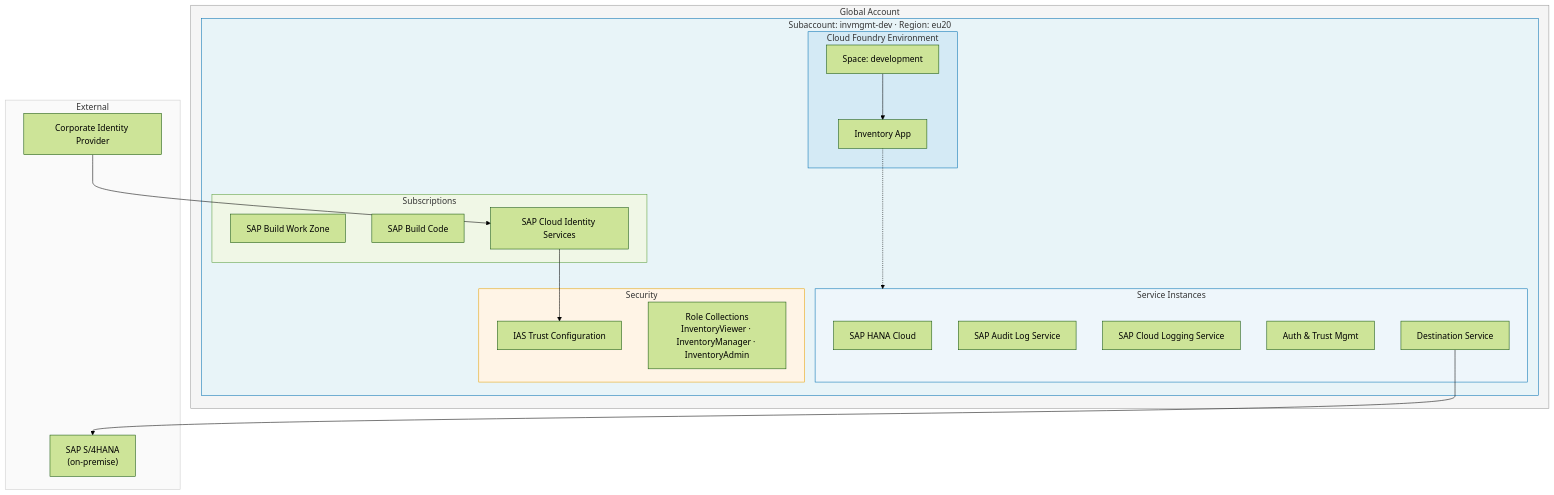
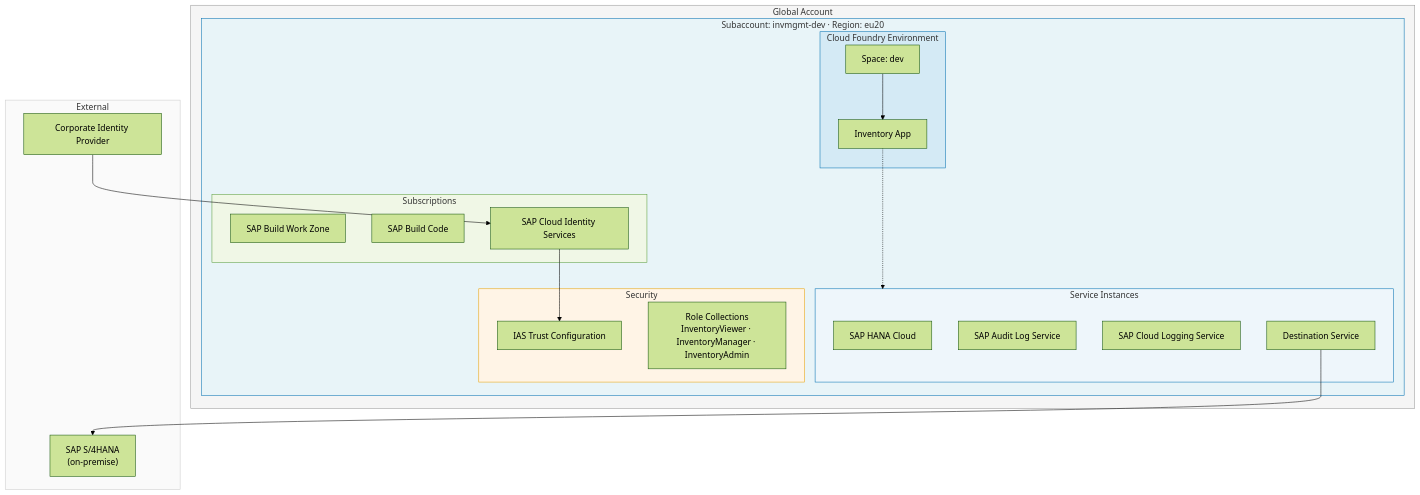
One commit to SAP-samples/teched2026-XP265 changed the first of 2 diagrams in exercises/ex0/README.md. Above: the diagram before and after it, drawn with Mermaid (forest theme). The commit also changed other lines of this file and 11 other files, not shown here.

````diff
--- a/exercises/ex0/README.md
+++ b/exercises/ex0/README.md
@@ -70,49 +70,48 @@
 ```mermaid
 graph TD
     subgraph GA["Global Account"]
         subgraph SA["Subaccount: invmgmt-dev · Region: eu20"]
             subgraph CF["Cloud Foundry Environment"]
-                SPACE["Space: development"]
+                SPACE["Space: dev"]
                 APP["Inventory App"]
                 SPACE --> APP
             end
 
             subgraph INST["Service Instances"]
                 HANA["SAP HANA Cloud"]
                 AUDIT["SAP Audit Log Service"]
                 LOG["SAP Cloud Logging Service"]
-                XSUAA["Auth & Trust Mgmt"]
                 DEST["Destination Service"]
             end
 
             subgraph SUBS["Subscriptions"]
                 WZ["SAP Build Work Zone"]
                 BC["SAP Build Code"]
                 IAS["SAP Cloud Identity Services"]
             end
 
             subgraph SEC["Security"]
                 TRUST["IAS Trust Configuration"]
                 ROLES["Role Collections\nInventoryViewer · InventoryManager · InventoryAdmin"]
             end
         end
     end
 
     subgraph EXT["External"]
         S4["SAP S/4HANA\n(on-premise)"]
         CORP["Corporate Identity Provider"]
     end
 
     APP -..-> INST
     IAS --> TRUST
     DEST --> S4
     CORP --> IAS
 
     style GA fill:#f5f5f5,stroke:#999
     style SA fill:#e8f4f8,stroke:#0070b1
     style CF fill:#d4eaf5,stroke:#0070b1
     style INST fill:#eef6fb,stroke:#0070b1
     style SUBS fill:#f0f7e6,stroke:#5a9e3a
     style SEC fill:#fff4e6,stroke:#e8a000
     style EXT fill:#fafafa,stroke:#ccc
 ```
````
